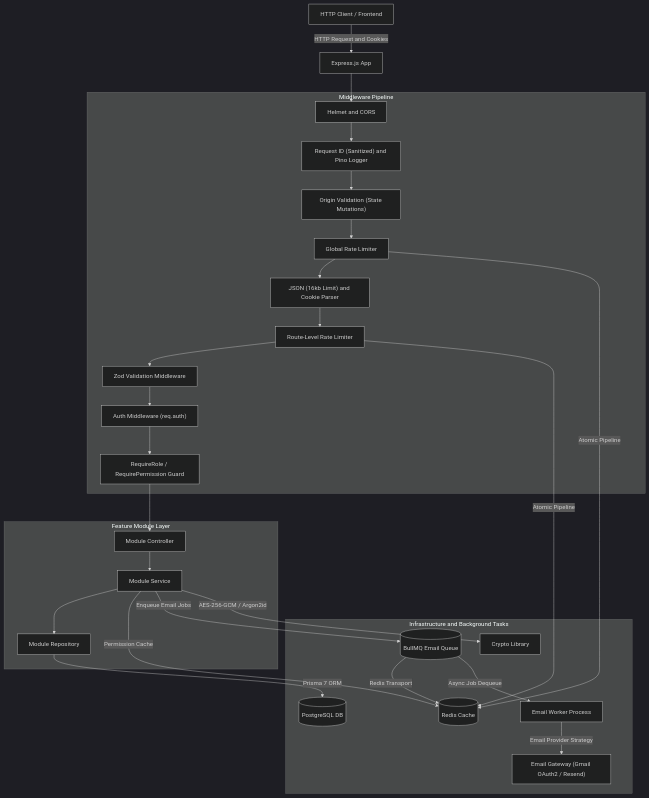
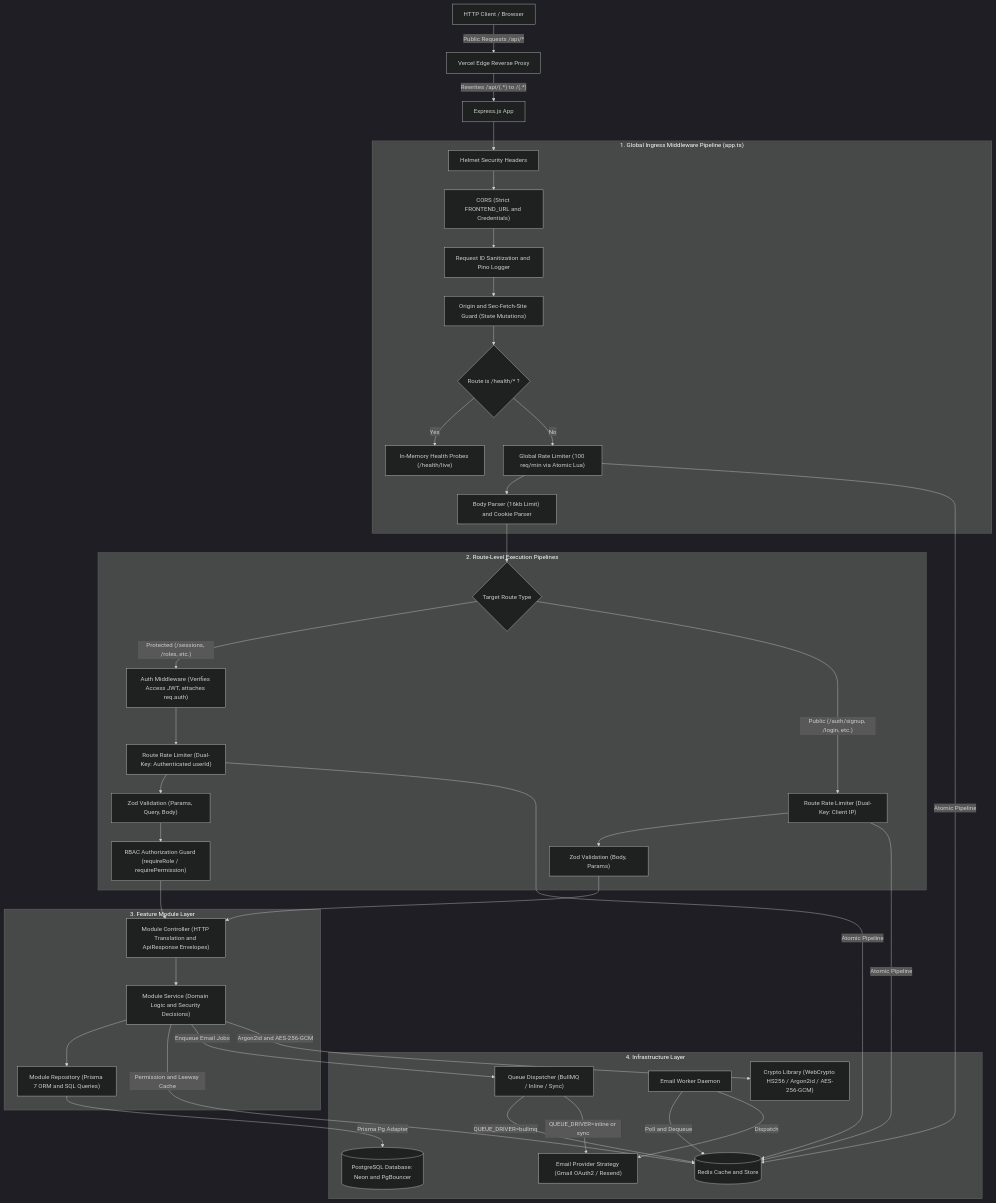
Before and after one commit to utkarshj014/authsphere: the first of 9 diagrams in docs/ARCHITECTURE.md, drawn with Mermaid (dark theme). The commit also changed other lines of this file and 6 other files, not shown here.

````diff
--- a/docs/ARCHITECTURE.md
+++ b/docs/ARCHITECTURE.md
@@ -43,56 +56,80 @@
 ```mermaid
 flowchart TD
-    Client["HTTP Client / Frontend"] -->|HTTP Request and Cookies| Express["Express.js App"]
+    Client["HTTP Client / Browser"] -->|"Public Requests /api/*"| Vercel["Vercel Edge Reverse Proxy"]
+    Vercel -->|"Rewrites /api/(.*) to /(.*)"| Express["Express.js App"]
 
-    subgraph MP ["Middleware Pipeline"]
-        Helmet["Helmet and CORS"]
-        ReqID["Request ID (Sanitized) and Pino Logger"]
-        OriginGuard["Origin Validation (State Mutations)"]
-        RateLimiter["Global Rate Limiter"]
-        BodyParser["JSON (16kb Limit) and Cookie Parser"]
-        RouteRL["Route-Level Rate Limiter"]
-        Validate["Zod Validation Middleware"]
-        AuthGuard["Auth Middleware (req.auth)"]
-        PermissionGuard["RequireRole / RequirePermission Guard"]
+    subgraph GlobalPipeline ["1. Global Ingress Middleware Pipeline (app.ts)"]
+        Helmet["Helmet Security Headers"]
+        CORS["CORS (Strict FRONTEND_URL and Credentials)"]
+        ReqID["Request ID Sanitization and Pino Logger"]
+        OriginGuard["Origin and Sec-Fetch-Site Guard (State Mutations)"]
+        HealthBypass{"Route is /health/* ?"}
+        HealthHandler["In-Memory Health Probes (/health/live)"]
+        GlobalRL["Global Rate Limiter (100 req/min via Atomic Lua)"]
+        BodyParser["Body Parser (16kb Limit) and Cookie Parser"]
 
-        Helmet --> ReqID
+        Helmet --> CORS
+        CORS --> ReqID
         ReqID --> OriginGuard
-        OriginGuard --> RateLimiter
-        RateLimiter --> BodyParser
-        BodyParser --> RouteRL
-        RouteRL --> Validate
-        Validate --> AuthGuard
-        AuthGuard --> PermissionGuard
+        OriginGuard --> HealthBypass
+        HealthBypass -->|"Yes"| HealthHandler
+        HealthBypass -->|"No"| GlobalRL
+        GlobalRL --> BodyParser
     end
 
-    subgraph FML ["Feature Module Layer"]
-        Controller["Module Controller"]
-        Service["Module Service"]
-        Repository["Module Repository"]
+    subgraph RoutePipelines ["2. Route-Level Execution Pipelines"]
+        Router{"Target Route Type"}
+
+        AuthGuard["Auth Middleware (Verifies Access JWT, attaches req.auth)"]
+        UserRL["Route Rate Limiter (Dual-Key: Authenticated userId)"]
+        ZodValProtected["Zod Validation (Params, Query, Body)"]
+        RBACGuard["RBAC Authorization Guard (requireRole / requirePermission)"]
+
+        IPRL["Route Rate Limiter (Dual-Key: Client IP)"]
+        ZodValPublic["Zod Validation (Body, Params)"]
+
+        Router -->|"Protected (/sessions, /roles, etc.)"| AuthGuard
+        AuthGuard --> UserRL
+        UserRL --> ZodValProtected
+        ZodValProtected --> RBACGuard
+
+        Router -->|"Public (/auth/signup, /login, etc.)"| IPRL
+        IPRL --> ZodValPublic
+    end
+
+    subgraph FeatureLayer ["3. Feature Module Layer"]
+        Controller["Module Controller (HTTP Translation and ApiResponse Envelopes)"]
+        Service["Module Service (Domain Logic and Security Decisions)"]
+        Repository["Module Repository (Prisma 7 ORM and SQL Queries)"]
 
         Controller --> Service
         Service --> Repository
     end
 
-    subgraph IBT ["Infrastructure and Background Tasks"]
-        Redis[("Redis Cache")]
-        BullMQ[("BullMQ Email Queue")]
-        Worker["Email Worker Process"]
-        EmailGateway["Email Gateway (Gmail OAuth2 / Resend)"]
-        CryptoLib["Crypto Library"]
-        Postgres[("PostgreSQL DB")]
+    subgraph InfraLayer ["4. Infrastructure Layer"]
+        Redis[("Redis Cache and Store")]
+        QueueSystem["Queue Dispatcher (BullMQ / Inline / Sync)"]
+        Worker["Email Worker Daemon"]
+        EmailGateway["Email Provider Strategy (Gmail OAuth2 / Resend)"]
+        CryptoLib["Crypto Library (WebCrypto HS256 / Argon2id / AES-256-GCM)"]
+        Postgres[("PostgreSQL Database: Neon and PgBouncer")]
 
-        BullMQ -->|Redis Transport| Redis
-        BullMQ -->|Async Job Dequeue| Worker
-        Worker -->|Email Provider Strategy| EmailGateway
+        QueueSystem -->|"QUEUE_DRIVER=bullmq"| Redis
+        Worker -->|"Poll and Dequeue"| Redis
+        Worker -->|"Dispatch"| EmailGateway
+        QueueSystem -->|"QUEUE_DRIVER=inline or sync"| EmailGateway
     end
 
     Express --> Helmet
-    PermissionGuard --> Controller
-    RateLimiter -->|Atomic Pipeline| Redis
-    RouteRL -->|Atomic Pipeline| Redis
-    Service -->|Permission Cache| Redis
-    Service -->|Enqueue Email Jobs| BullMQ
-    Service -->|AES-256-GCM / Argon2id| CryptoLib
-    Repository -->|Prisma 7 ORM| Postgres
+    BodyParser --> Router
+    RBACGuard --> Controller
+    ZodValPublic --> Controller
+
+    GlobalRL -->|"Atomic Pipeline"| Redis
+    UserRL -->|"Atomic Pipeline"| Redis
+    IPRL -->|"Atomic Pipeline"| Redis
+    Service -->|"Permission and Leeway Cache"| Redis
+    Service -->|"Enqueue Email Jobs"| QueueSystem
+    Service -->|"Argon2id and AES-256-GCM"| CryptoLib
+    Repository -->|"Prisma Pg Adapter"| Postgres
 ```
````
